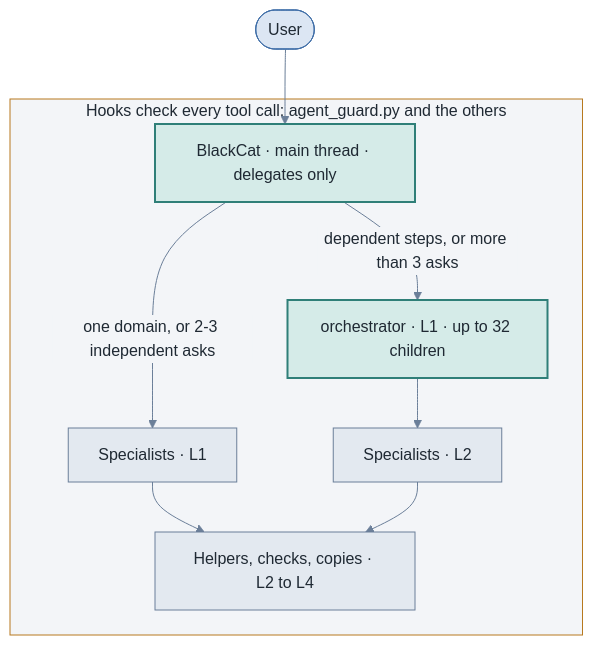
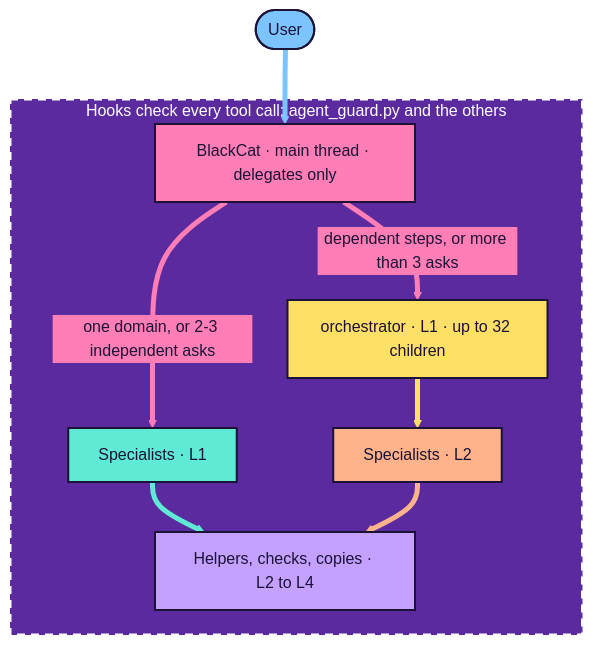
The diagram in README.md (pmrjge/blackcat), drawn with Mermaid before and after one commit. The commit also changed other lines of this file and 2 other files, not shown here.

Commit message:
README: candy architecture diagram (gradient SVG + Mermaid source), blackcat-agent-stack tagline

````diff
--- a/README.md
+++ b/README.md
@@ -14,26 +26,37 @@
 ```mermaid
-%%{init: {'theme':'base','themeVariables': {'primaryColor':'#e3e9f0','primaryTextColor':'#1f2933','primaryBorderColor':'#6b7f99','lineColor':'#6b7f99','secondaryColor':'#d5ebe8','tertiaryColor':'#f3f5f8','clusterBkg':'#f3f5f8','clusterBorder':'#b7791f','titleColor':'#1f2933','edgeLabelBackground':'#f3f5f8','background':'#f3f5f8'}}}%%
+%%{init: {'theme':'base','themeVariables': {'fontFamily':'-apple-system, Segoe UI, Helvetica, Arial, sans-serif','primaryTextColor':'#1b1236','primaryBorderColor':'#1b1236','lineColor':'#5b2a9e','clusterBkg':'#5b2a9e','clusterBorder':'#ffffff','titleColor':'#ffffff','edgeLabelBackground':'#ff7eb6'}}}%%
 flowchart TD
   accTitle: claude-agent-stack architecture
   accDescr: The user talks to BlackCat, which delegates each job to specialists or to the orchestrator. Specialists spawn helpers down to level 4. Hooks check every tool call of every agent.
   U(["User"])
   subgraph T["Hooks check every tool call: agent_guard.py and the others"]
     B["BlackCat · main thread · delegates only"]
     S1["Specialists · L1"]
     O["orchestrator · L1 · up to 32 children"]
     S2["Specialists · L2"]
     H["Helpers, checks, copies · L2 to L4"]
   end
   U --> B
   B -->|"one domain, or 2-3 independent asks"| S1
   B -->|"dependent steps, or more than 3 asks"| O
   O --> S2
   S1 --> H
   S2 --> H
-  %% Palette, one colour per role: slate = agents and edges, teal = orchestration,
-  %% amber = guard and hooks, blue = user-facing. Same role, same colour in every diagram.
-  classDef orch fill:#d5ebe8,stroke:#2f7f78,stroke-width:2px,color:#1f2933
-  classDef user fill:#dce6f3,stroke:#3f6ea8,stroke-width:1px,color:#1f2933
-  class B,O orch
-  class U user
+  %% Candy palette, same as docs/diagrams/architecture.svg: one fill per node,
+  %% dark text #1b1236 on every fill, each edge in its source node's colour.
+  style U fill:#7cc4ff,stroke:#1b1236,stroke-width:2px,color:#1b1236
+  style B fill:#ff7eb6,stroke:#1b1236,stroke-width:2px,color:#1b1236
+  style S1 fill:#5eead4,stroke:#1b1236,stroke-width:2px,color:#1b1236
+  style O fill:#ffe066,stroke:#1b1236,stroke-width:2px,color:#1b1236
+  style S2 fill:#ffb38a,stroke:#1b1236,stroke-width:2px,color:#1b1236
+  style H fill:#c4a1ff,stroke:#1b1236,stroke-width:2px,color:#1b1236
+  style T fill:#5b2a9e,stroke:#ffffff,stroke-width:3px,stroke-dasharray:8 6,color:#ffffff
+  %% linkStyle index = edge order above: 0 U->B (sky), 1 B->S1 (pink),
+  %% 2 B->O (pink), 3 O->S2 (lemon), 4 S1->H (mint), 5 S2->H (peach)
+  linkStyle 0 stroke:#7cc4ff,stroke-width:5px
+  linkStyle 1 stroke:#ff7eb6,stroke-width:5px
+  linkStyle 2 stroke:#ff7eb6,stroke-width:5px
+  linkStyle 3 stroke:#ffe066,stroke-width:5px
+  linkStyle 4 stroke:#5eead4,stroke-width:5px
+  linkStyle 5 stroke:#ffb38a,stroke-width:5px
 ```
````
